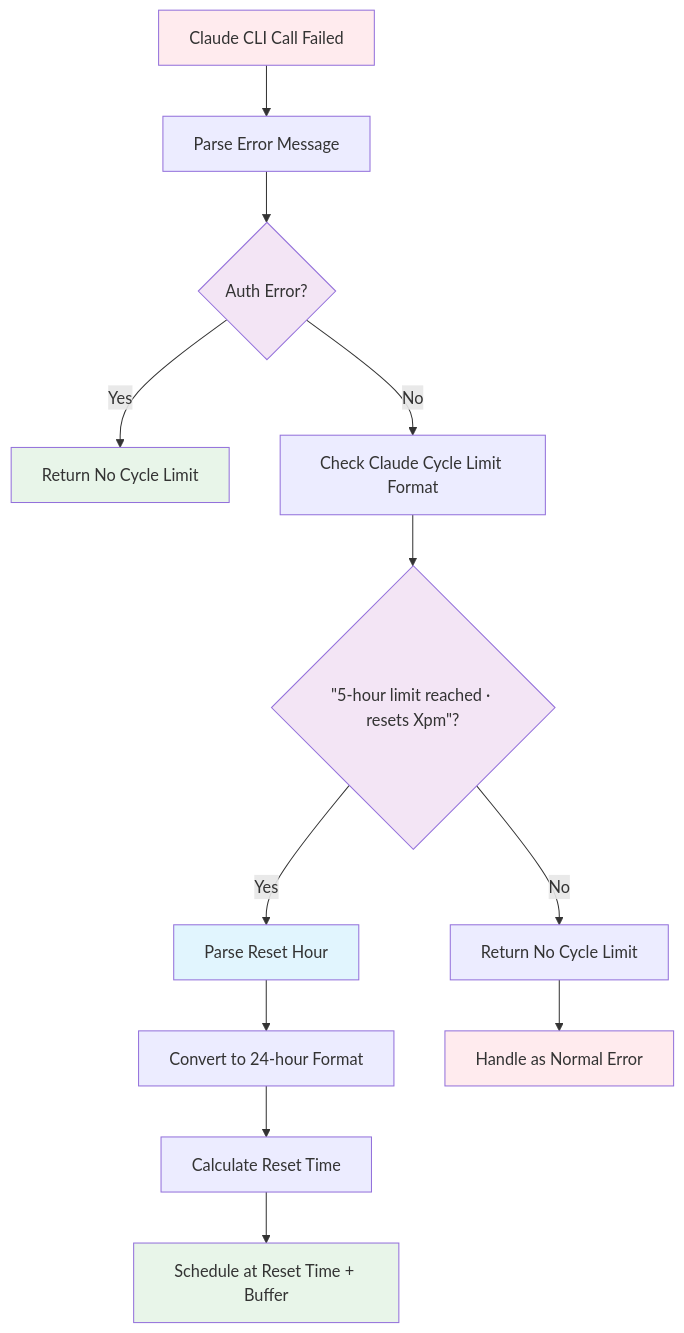
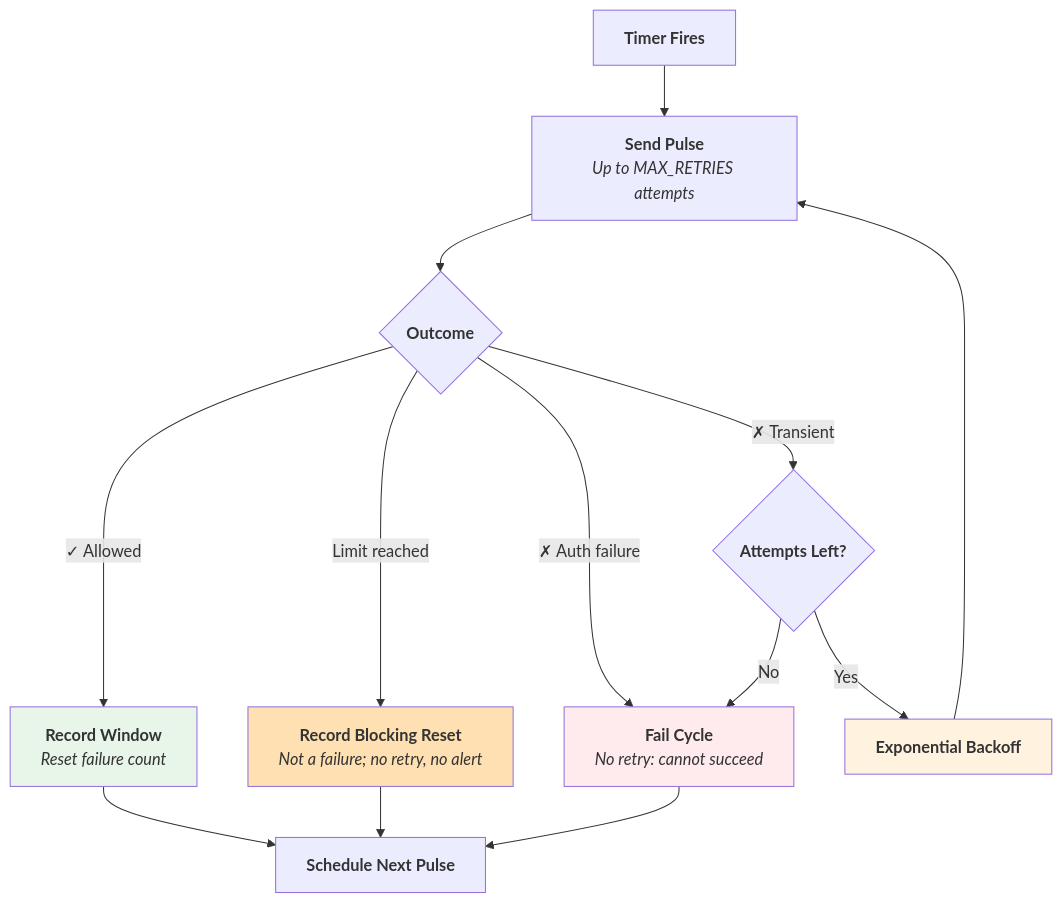
The third of 8 diagrams in docs/workflow-diagrams.md (substance0/claudepulse), drawn with Mermaid before and after one commit. The commit also changed other lines of this file and 5 other files, not shown here.

````diff
--- a/docs/workflow-diagrams.md
+++ b/docs/workflow-diagrams.md
@@ -393,24 +83,29 @@
 ```mermaid
-%% This is a comment explaining the flow
 graph TD
-    A[Claude CLI Call Failed] --> B[Parse Error Message]
-    B --> C{Auth Error?}
-    C -->|Yes| D[Return No Cycle Limit]
-    C -->|No| E[Check Claude Cycle Limit Format]
-    E --> F{"#quot;5-hour limit reached ∙ resets Xpm#quot;?"}
-    F -->|Yes| G[Parse Reset Hour]
-    F -->|No| H[Return No Cycle Limit]
-    G --> I[Convert to 24-hour Format]
-    I --> J[Calculate Reset Time]
-    J --> K[Schedule at Reset Time + Buffer]
-    H --> L[Handle as Normal Error]
+    A["`**Timer Fires**`"] --> B["`**Send Pulse**
+    _Up to MAX_RETRIES attempts_`"]
 
-    %% Consistent styling
-    style A fill:#ffebee
-    style C fill:#f3e5f5
+    B --> C{"`**Outcome**`"}
+
+    C -->|"✓ Allowed"| D["`**Record Window**
+    _Reset failure count_`"]
+
+    C -->|"Limit reached"| E["`**Record Blocking Reset**
+    _Not a failure; no retry, no alert_`"]
+
+    C -->|"✗ Auth failure"| F["`**Fail Cycle**
+    _No retry: cannot succeed_`"]
+
+    C -->|"✗ Transient"| G{"`**Attempts Left?**`"}
+    G -->|"Yes"| H["`**Exponential Backoff**`"] --> B
+    G -->|"No"| F
+
+    D --> I["`**Schedule Next Pulse**`"]
+    E --> I
+    F --> I
+
     style D fill:#e8f5e9
-    style F fill:#f3e5f5
-    style G fill:#e1f5fe
-    style K fill:#e8f5e9
-    style L fill:#ffebee
+    style E fill:#ffe0b2
+    style F fill:#ffebee
+    style H fill:#fff3e0
 ```
````
